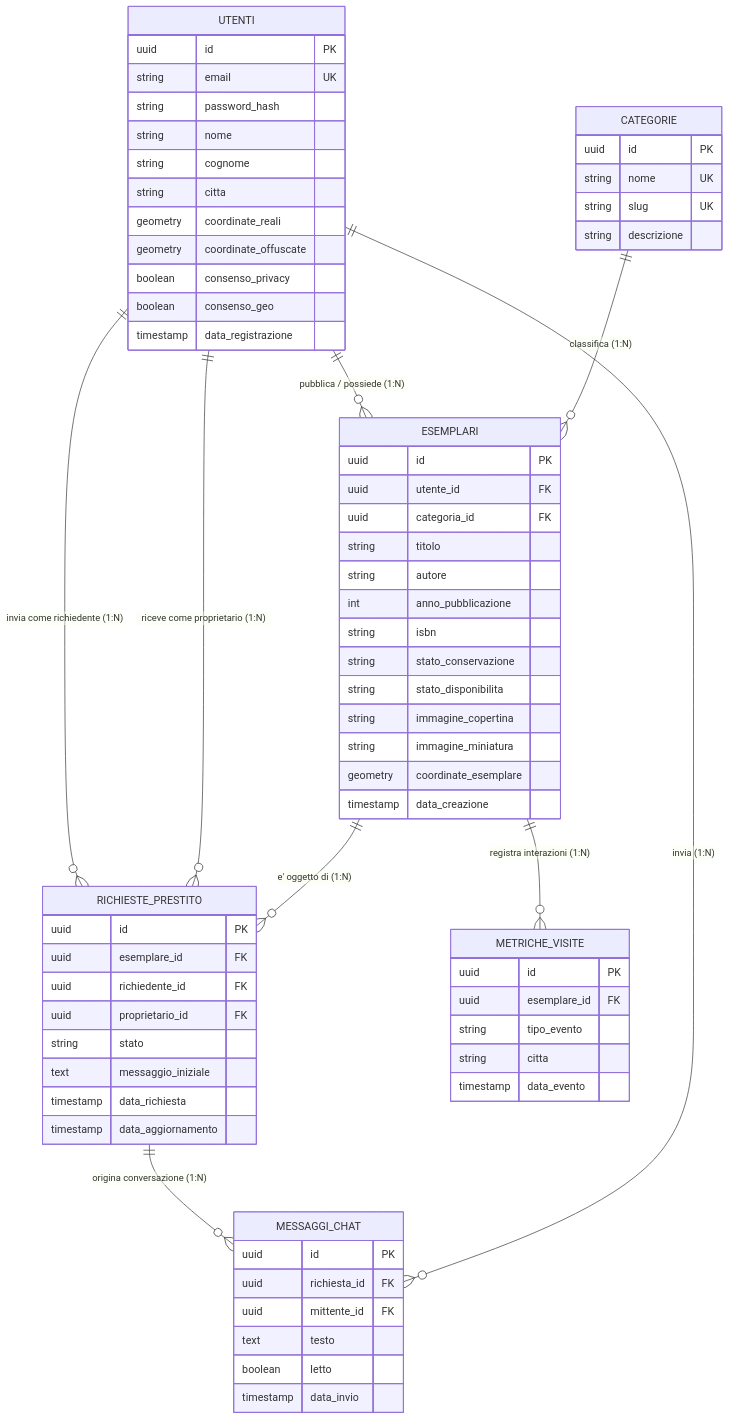
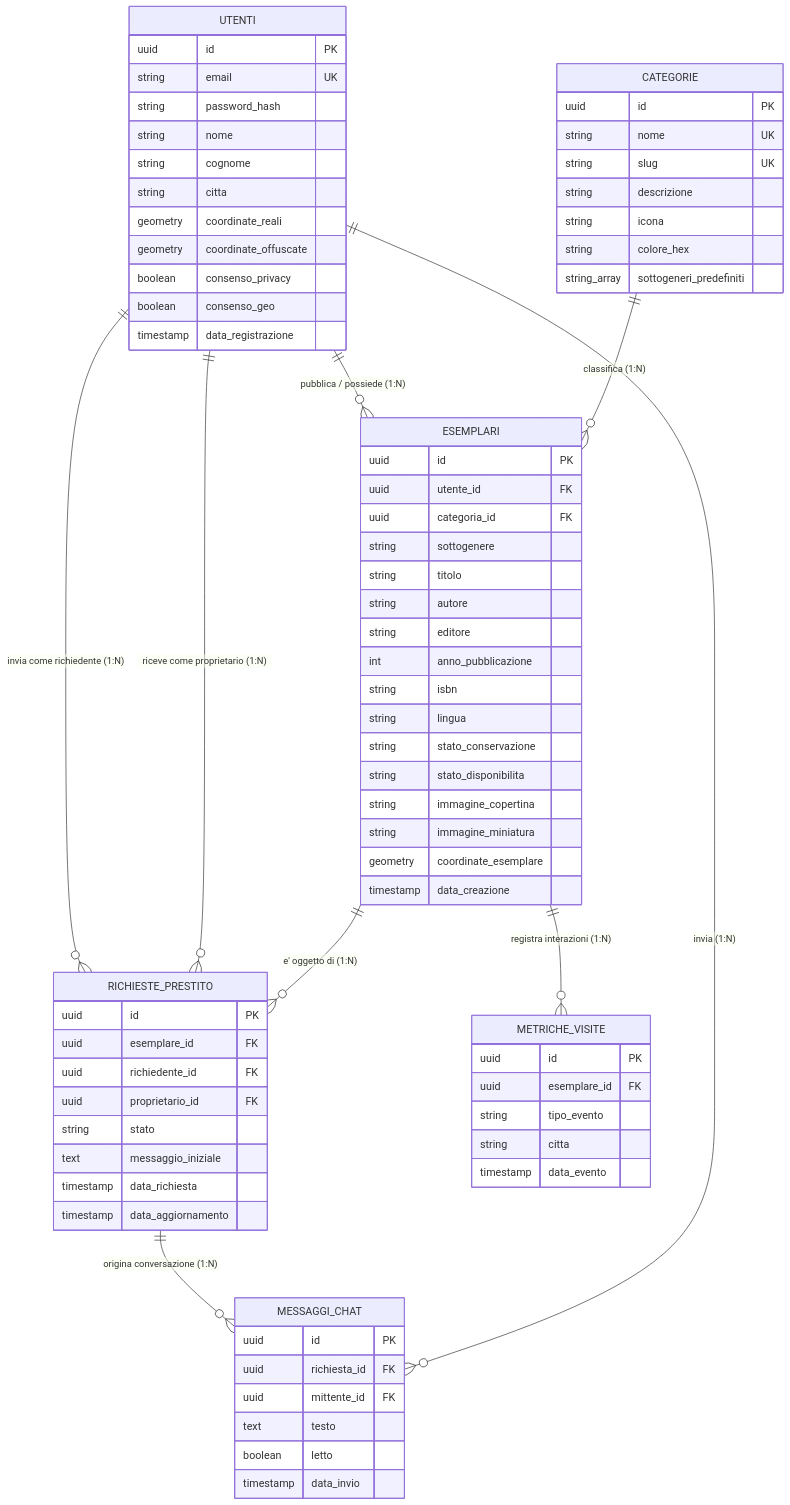
One commit to Nunzy00/Hermae_Nunzio_Giglio_0312200894 changed the diagram in INFO-DATABASE/modello-ER.md. Above: the diagram before and after it, drawn with Mermaid. The commit also changed other lines of this file and 11 other files, not shown here.

````diff
--- a/INFO-DATABASE/modello-ER.md
+++ b/INFO-DATABASE/modello-ER.md
@@ -29,76 +29,82 @@
 ```mermaid
 erDiagram
     UTENTI ||--o{ ESEMPLARI : "pubblica / possiede (1:N)"
     CATEGORIE ||--o{ ESEMPLARI : "classifica (1:N)"
     UTENTI ||--o{ RICHIESTE_PRESTITO : "invia come richiedente (1:N)"
     UTENTI ||--o{ RICHIESTE_PRESTITO : "riceve come proprietario (1:N)"
     ESEMPLARI ||--o{ RICHIESTE_PRESTITO : "e' oggetto di (1:N)"
     RICHIESTE_PRESTITO ||--o{ MESSAGGI_CHAT : "origina conversazione (1:N)"
     UTENTI ||--o{ MESSAGGI_CHAT : "invia (1:N)"
     ESEMPLARI ||--o{ METRICHE_VISITE : "registra interazioni (1:N)"
 
     UTENTI {
         uuid id PK
         string email UK
         string password_hash
         string nome
         string cognome
         string citta
         geometry coordinate_reali
         geometry coordinate_offuscate
         boolean consenso_privacy
         boolean consenso_geo
         timestamp data_registrazione
     }
 
     CATEGORIE {
         uuid id PK
         string nome UK
         string slug UK
         string descrizione
+        string icona
+        string colore_hex
+        string_array sottogeneri_predefiniti
     }
 
     ESEMPLARI {
         uuid id PK
         uuid utente_id FK
         uuid categoria_id FK
+        string sottogenere
         string titolo
         string autore
+        string editore
         int anno_pubblicazione
         string isbn
+        string lingua
         string stato_conservazione
         string stato_disponibilita
         string immagine_copertina
         string immagine_miniatura
         geometry coordinate_esemplare
         timestamp data_creazione
     }
 
     RICHIESTE_PRESTITO {
         uuid id PK
         uuid esemplare_id FK
         uuid richiedente_id FK
         uuid proprietario_id FK
         string stato
         text messaggio_iniziale
         timestamp data_richiesta
         timestamp data_aggiornamento
     }
 
     MESSAGGI_CHAT {
         uuid id PK
         uuid richiesta_id FK
         uuid mittente_id FK
         text testo
         boolean letto
         timestamp data_invio
     }
 
     METRICHE_VISITE {
         uuid id PK
         uuid esemplare_id FK
         string tipo_evento
         string citta
         timestamp data_evento
     }
 ```
````
